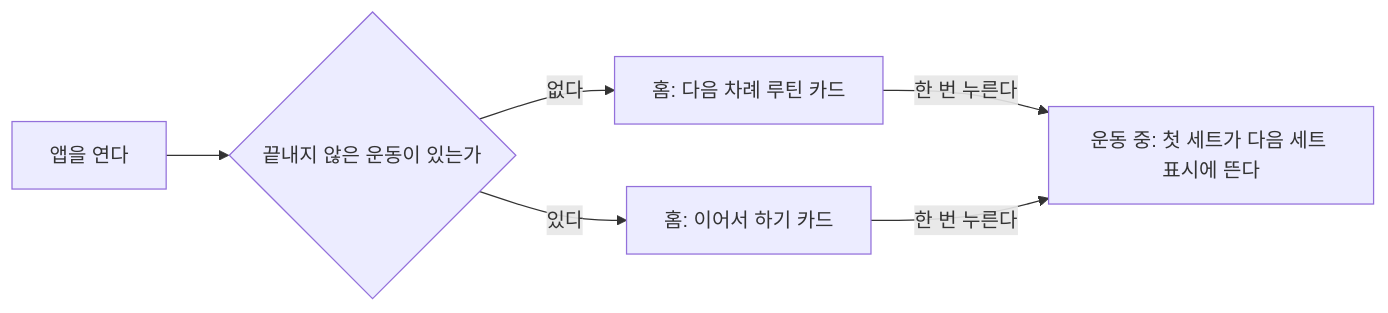
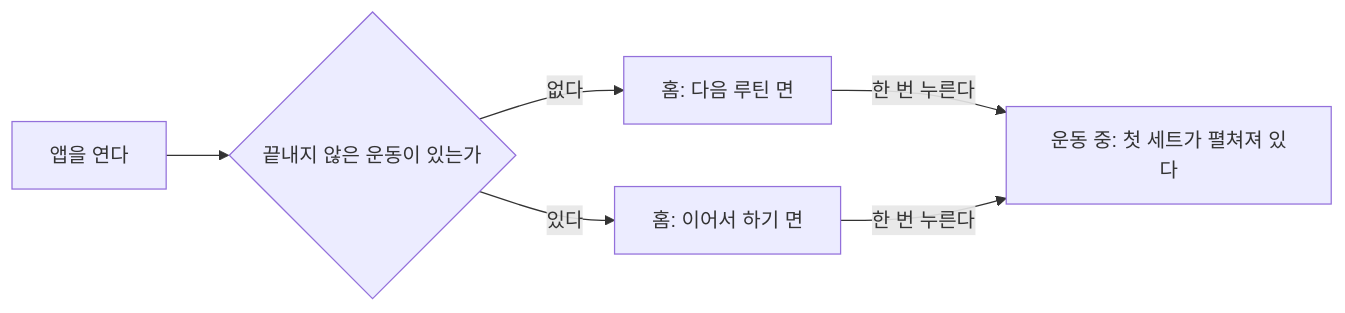
The second of 2 diagrams in docs/DESIGN.md (zzunsik/next-set), drawn with Mermaid before and after one commit. The commit also changed other lines of this file and 1 other file, not shown here.

````diff
--- a/docs/DESIGN.md
+++ b/docs/DESIGN.md
@@ -646,8 +881,8 @@
 ```mermaid
 flowchart LR
     Open["앱을 연다"] --> Check{"끝내지 않은 운동이 있는가"}
-    Check -->|"없다"| NextCard["홈: 다음 차례 루틴 카드"]
-    Check -->|"있다"| ResumeCard["홈: 이어서 하기 카드"]
-    NextCard -->|"한 번 누른다"| Workout["운동 중: 첫 세트가 다음 세트 표시에 뜬다"]
+    Check -->|"없다"| NextCard["홈: 다음 루틴 면"]
+    Check -->|"있다"| ResumeCard["홈: 이어서 하기 면"]
+    NextCard -->|"한 번 누른다"| Workout["운동 중: 첫 세트가 펼쳐져 있다"]
     ResumeCard -->|"한 번 누른다"| Workout
 ```
````
